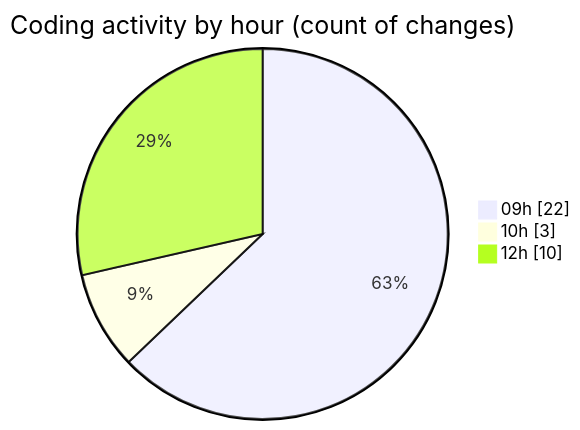
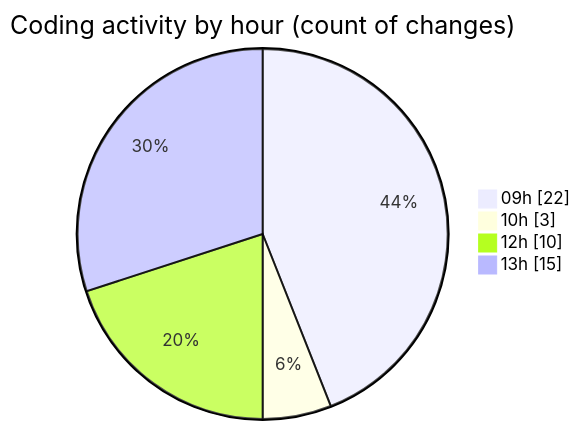
Before and after one commit to momahboobian/code-tracking: the second of 2 diagrams in 2025-06-27/cda/README.md, drawn with Mermaid. The commit also changed other lines of this file and 1 other file, not shown here.

````diff
--- a/2025-06-27/cda/README.md
+++ b/2025-06-27/cda/README.md
@@ -34,7 +34,8 @@
 ```mermaid
 pie showData
 title Coding activity by hour (count of changes)
 "09h" : 22
 "10h" : 3
 "12h" : 10
+"13h" : 15
 ```
````
